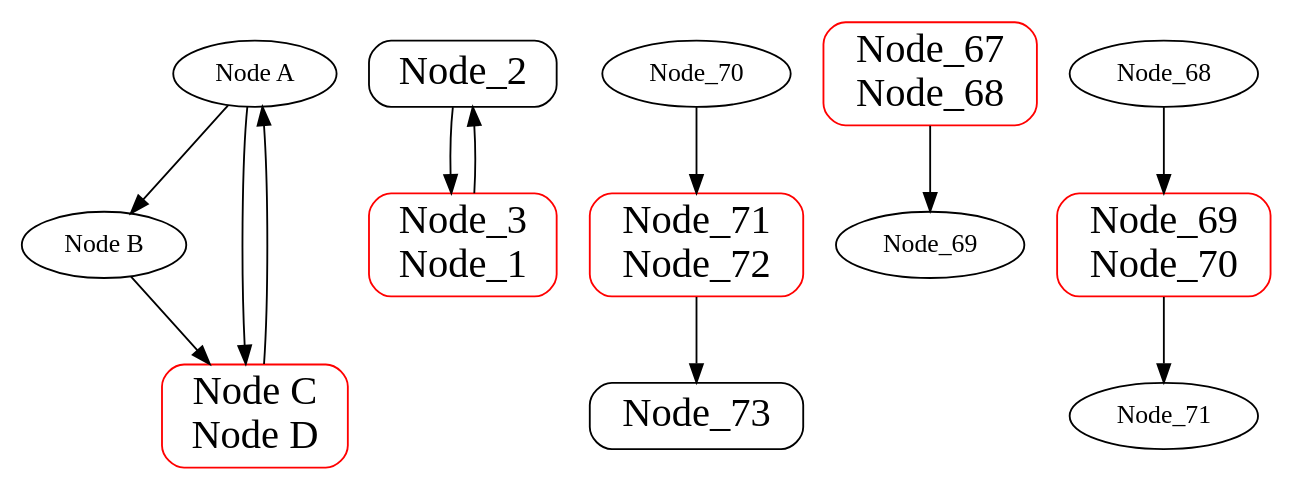
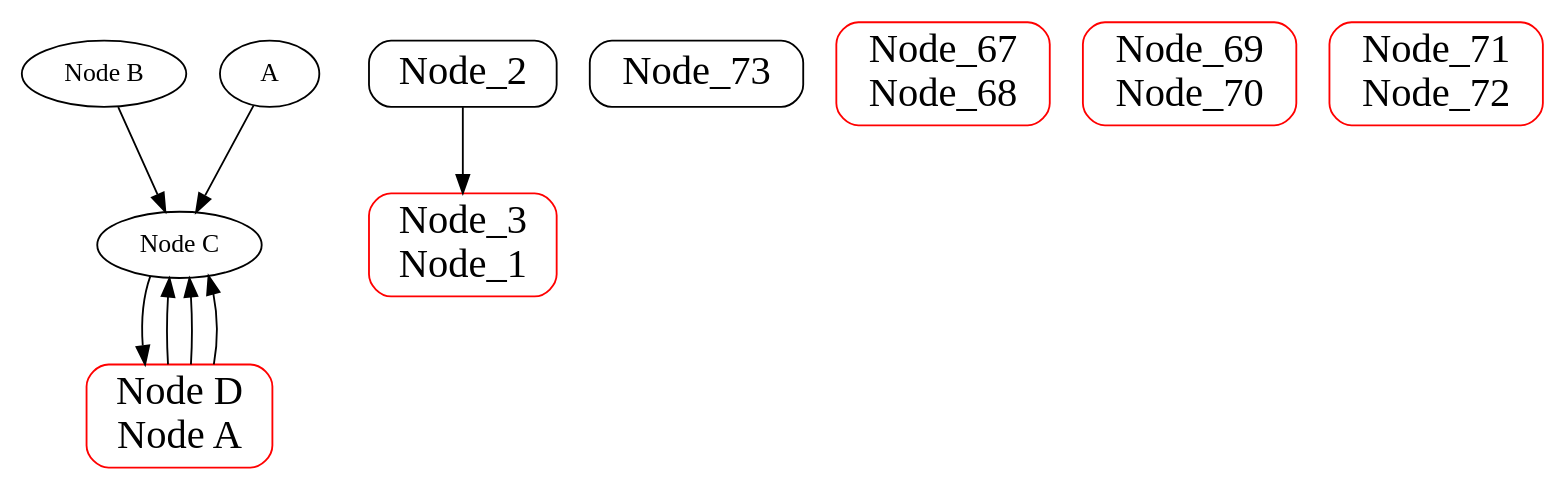
The diagram in result/1_updated.dot (meysamkhazaee/dot_parser), drawn with Graphviz before and after one commit. The commit also changed 3 other files, not shown here.

```diff
--- a/result/1_updated.dot
+++ b/result/1_updated.dot
@@ -1,30 +1,26 @@
 digraph G {
-A [label="Node A"];
 B [label="Node B"];
-A -> B;
+C [label="Node C"];
+A -> C;
+B -> C;
 subgraph "sub_graph_1" {
 label="sub_graph_1";
 Node_2 [shape=Mrecord, fontsize=22, label="Node_2"];
 Node_3_Node_1 [label="Node_3\nNode_1", shape=Mrecord, fontsize=22, color=red];
-Node_3_Node_1 -> Node_2;
 Node_2 -> Node_3_Node_1;
 }
 
 subgraph "sub_graph_2" {
 label="sub_graph_2";
 Node_73 [shape=Mrecord, fontsize=22, label="Node_73"];
 Node_67_Node_68 [label="Node_67\nNode_68", shape=Mrecord, fontsize=22, color=red];
-Node_67_Node_68 -> Node_69;
 Node_69_Node_70 [label="Node_69\nNode_70", shape=Mrecord, fontsize=22, color=red];
-Node_69_Node_70 -> Node_71;
-Node_68 -> Node_69_Node_70;
 Node_71_Node_72 [label="Node_71\nNode_72", shape=Mrecord, fontsize=22, color=red];
-Node_71_Node_72 -> Node_73;
-Node_70 -> Node_71_Node_72;
 }
 
-C_D [label="Node C\nNode D", shape=Mrecord, fontsize=22, color=red];
-C_D -> A;
-A -> C_D;
-B -> C_D;
+D_A [label="Node D\nNode A", shape=Mrecord, fontsize=22, color=red];
+D_A -> C;
+D_A -> C;
+C -> D_A;
+D_A -> C;
 }
```
